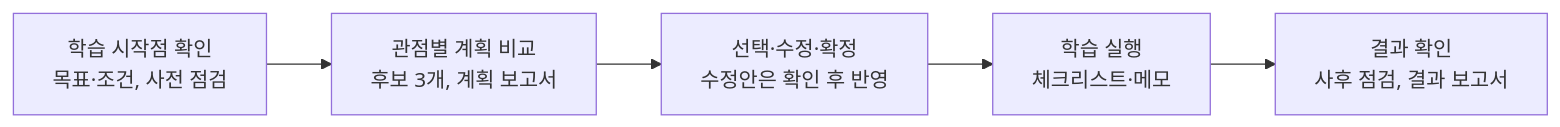
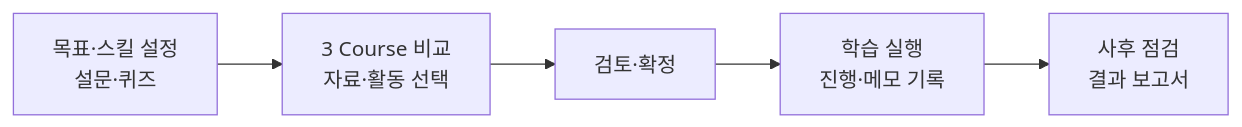
The first of 2 diagrams in README.md (20260528-skn-family-ai-33/SKN33-Final-2Team), drawn with Mermaid before and after one commit. The commit also changed other lines of this file and 17 other files, not shown here.

````diff
--- a/README.md
+++ b/README.md
@@ -55,7 +45,7 @@
 ```mermaid
 flowchart LR
-    A["학습 시작점 확인<br/>목표·조건, 사전 점검"] --> B["관점별 계획 비교<br/>후보 3개, 계획 보고서"]
-    B --> C["선택·수정·확정<br/>수정안은 확인 후 반영"]
-    C --> D["학습 실행<br/>체크리스트·메모"]
-    D --> E["결과 확인<br/>사후 점검, 결과 보고서"]
+    A["목표·스킬 설정<br/>설문·퀴즈"] --> B["3 Course 비교<br/>자료·활동 선택"]
+    B --> C["검토·확정"]
+    C --> D["학습 실행<br/>진행·메모 기록"]
+    D --> E["사후 점검<br/>결과 보고서"]
 ```
````
